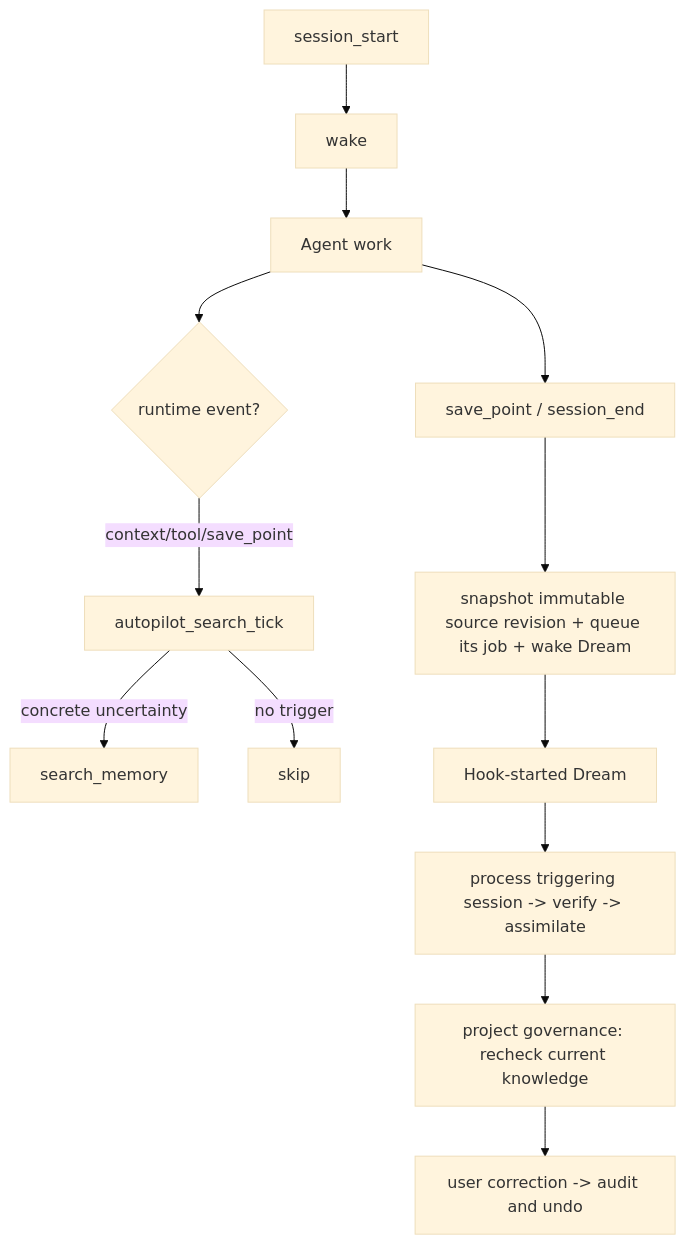
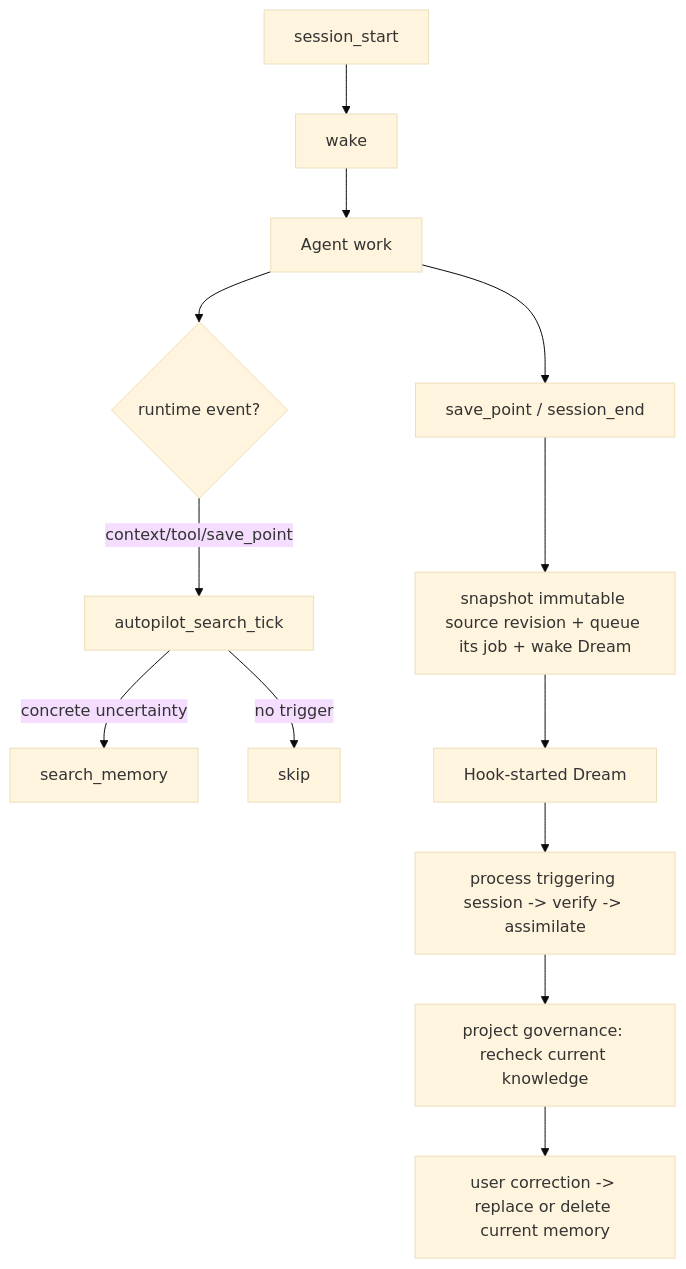
One commit to manhua-man/harness-mem changed the diagram in docs/autopilot-search-policy.md. Above: the diagram before and after it, drawn with Mermaid (base theme). The commit also changed other lines of this file and 241 other files, not shown here.

Commit message:
release: converge current memory for 0.9.28

````diff
--- a/docs/autopilot-search-policy.md
+++ b/docs/autopilot-search-policy.md
@@ -18,15 +18,15 @@
 ```mermaid
 graph TD
     A["session_start"] --> B["wake"]
     B --> C["Agent work"]
     C --> D{"runtime event?"}
     D -->|context/tool/save_point| E["autopilot_search_tick"]
     E -->|concrete uncertainty| F["search_memory"]
     E -->|no trigger| G["skip"]
     C --> H["save_point / session_end"]
     H --> I["snapshot immutable source revision + queue its job + wake Dream"]
     I --> J["Hook-started Dream"]
     J --> K["process triggering session -> verify -> assimilate"]
     K --> M["project governance: recheck current knowledge"]
-    M --> L["user correction -> audit and undo"]
+    M --> L["user correction -> replace or delete current memory"]
 ```
````
